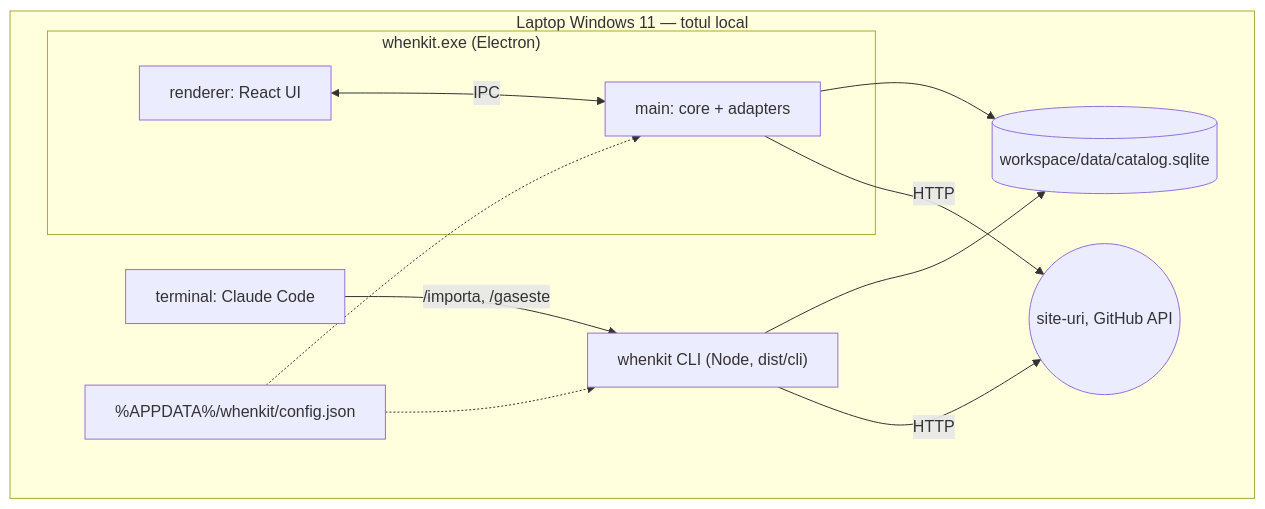
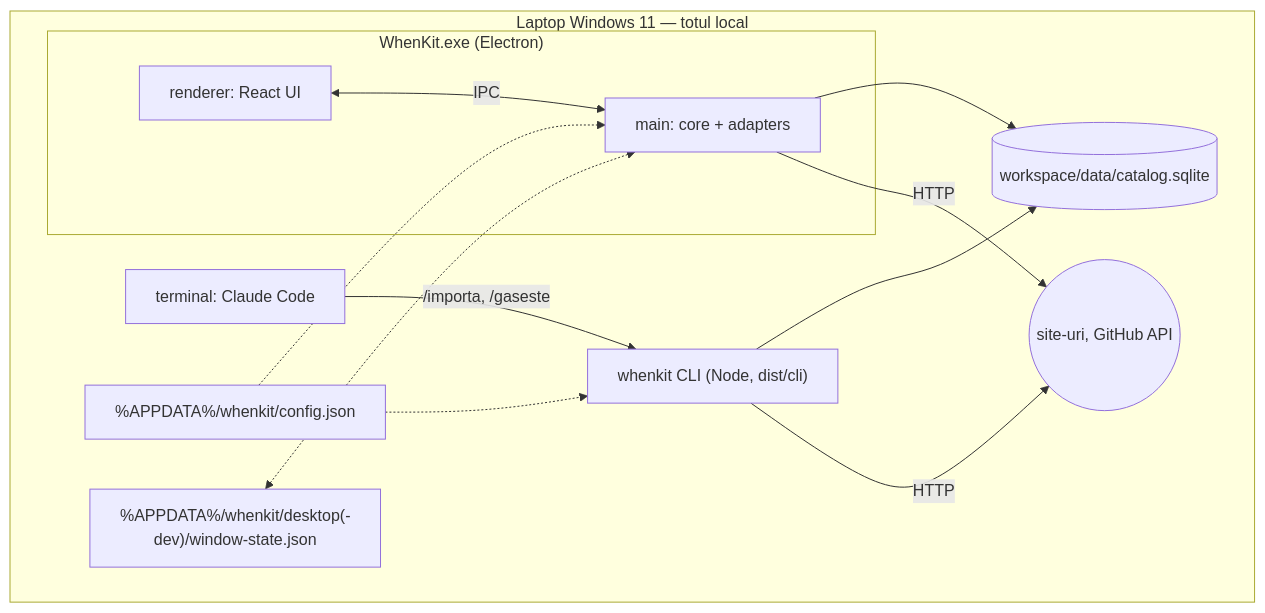
One commit to Lwcka/whenkit changed the second of 3 diagrams in _bmad-output/initiative-whenkit-mvp/architecture-whenkit/architecture-whenkit.md. Above: the diagram before and after it, drawn with Mermaid. The commit also changed other lines of this file and 4 other files, not shown here.

First line of the commit message:
Architecture: window store, revision semantics, AD-20 window lifecycle

````diff
--- a/_bmad-output/initiative-whenkit-mvp/architecture-whenkit/architecture-whenkit.md
+++ b/_bmad-output/initiative-whenkit-mvp/architecture-whenkit/architecture-whenkit.md
@@ -224,15 +241,16 @@
 ```mermaid
 flowchart TB
   subgraph laptop["Laptop Windows 11 — totul local"]
-    subgraph app["whenkit.exe (Electron)"]
+    subgraph app["WhenKit.exe (Electron)"]
       R["renderer: React UI"] <-->|IPC| M["main: core + adapters"]
     end
     C["terminal: Claude Code"] -->|"/importa, /gaseste"| CLI["whenkit CLI (Node, dist/cli)"]
     CLI --> DB[("workspace/data/catalog.sqlite")]
     M --> DB
     M -->|HTTP| NET(("site-uri, GitHub API"))
     CLI -->|HTTP| NET
     CFG["%APPDATA%/whenkit/config.json"] -.-> CLI
     CFG -.-> M
+    WS["%APPDATA%/whenkit/desktop(-dev)/window-state.json"] <-.-> M
   end
 ```
````
